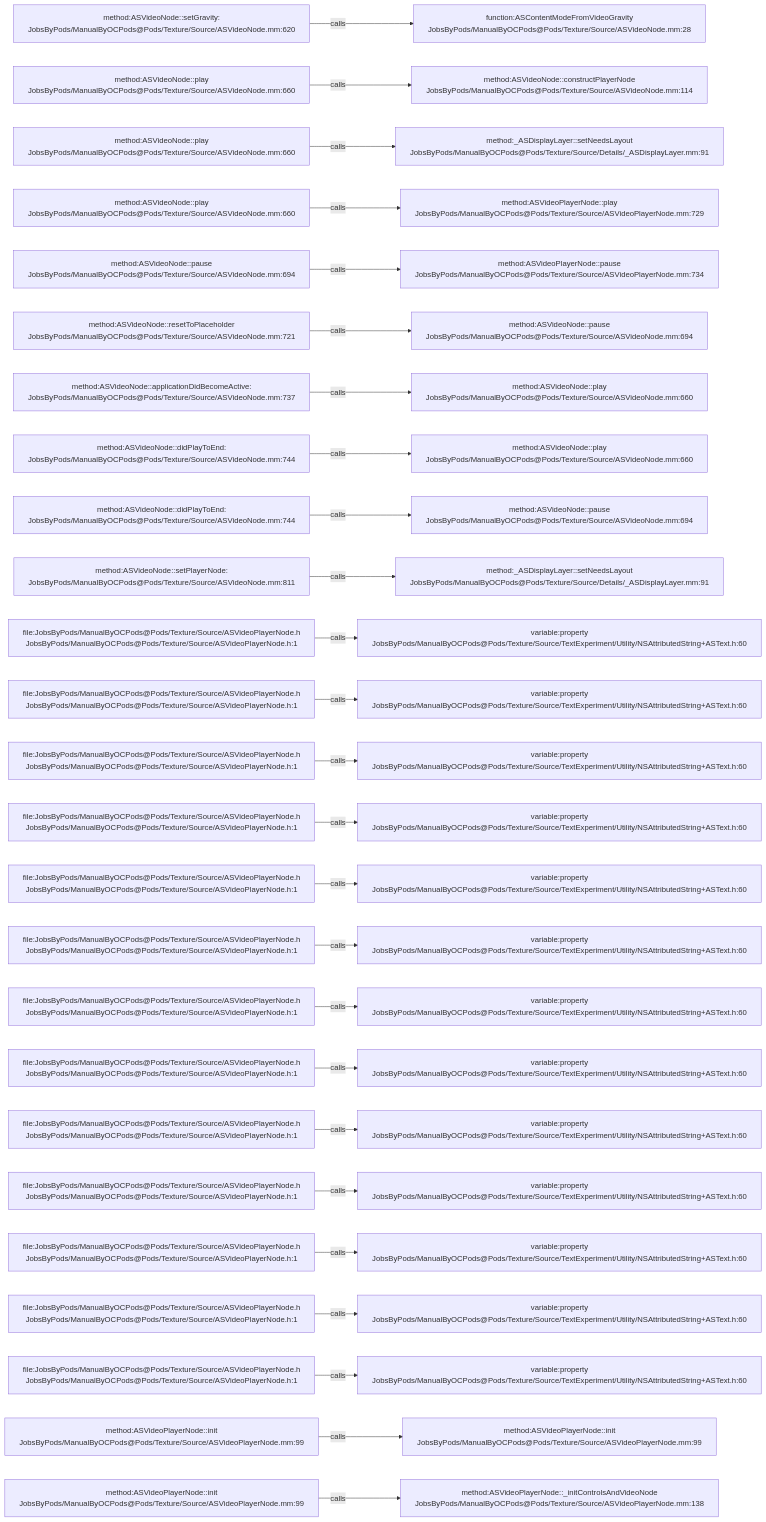
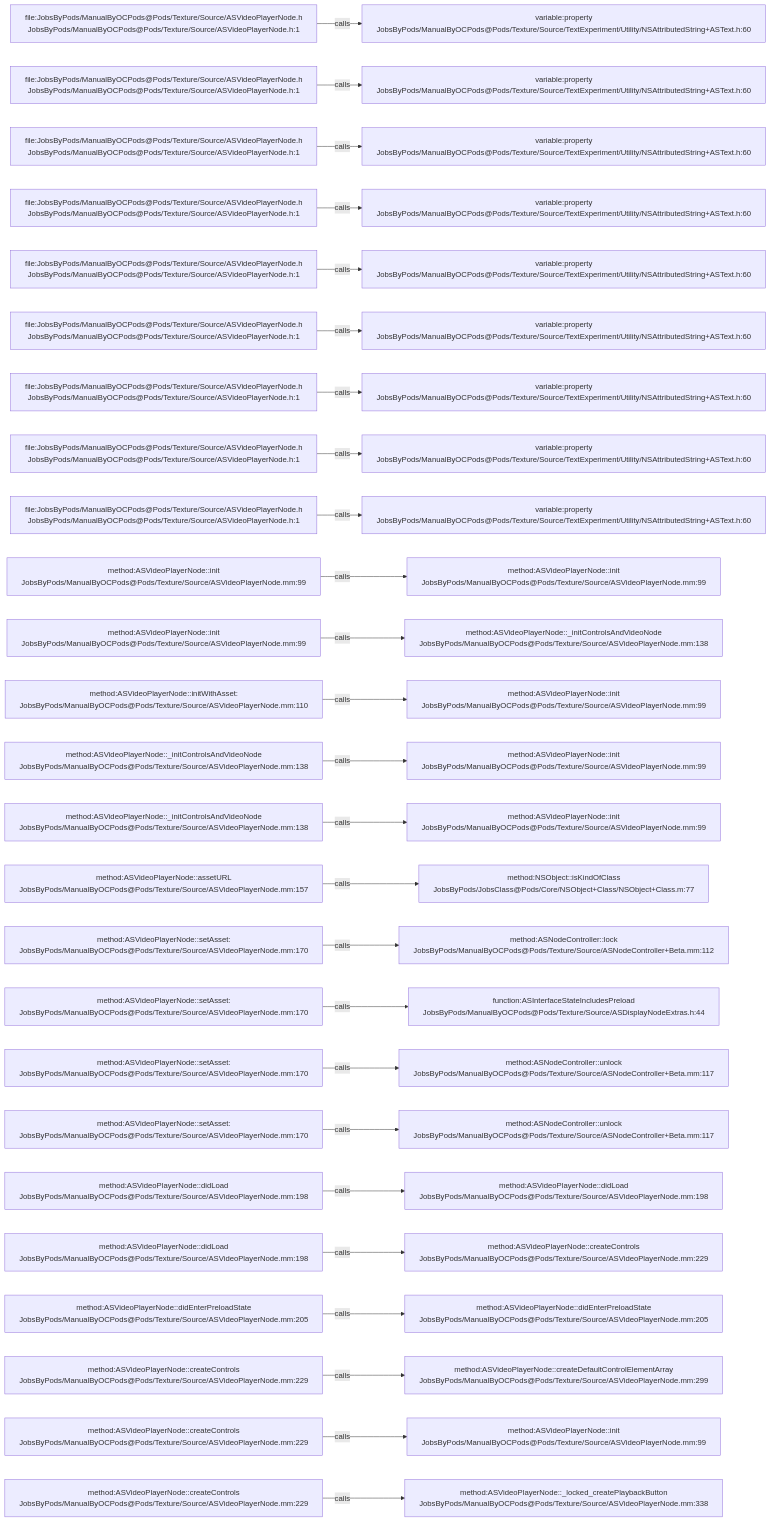
Before and after one commit to JobsKits/JobsOCBaseConfigDemo: the diagram in .codegraph/codegraph.md/graphs/calls-146.md, drawn with Mermaid. The commit also changed 296 other files, not shown here.

````diff
--- a/.codegraph/codegraph.md/graphs/calls-146.md
+++ b/.codegraph/codegraph.md/graphs/calls-146.md
@@ -13,78 +13,78 @@
 ```mermaid
 flowchart LR
-  S1["method:ASVideoNode::setGravity:<br/>JobsByPods/ManualByOCPods@Pods/Texture/Source/ASVideoNode.mm:620"]
-  T1["function:ASContentModeFromVideoGravity<br/>JobsByPods/ManualByOCPods@Pods/Texture/Source/ASVideoNode.mm:28"]
+  S1["file:JobsByPods/ManualByOCPods@Pods/Texture/Source/ASVideoPlayerNode.h<br/>JobsByPods/ManualByOCPods@Pods/Texture/Source/ASVideoPlayerNode.h:1"]
+  T1["variable:property<br/>JobsByPods/ManualByOCPods@Pods/Texture/Source/TextExperiment/Utility/NSAttributedString+ASText.h:60"]
   S1 -->|calls| T1
-  S2["method:ASVideoNode::play<br/>JobsByPods/ManualByOCPods@Pods/Texture/Source/ASVideoNode.mm:660"]
-  T2["method:ASVideoNode::constructPlayerNode<br/>JobsByPods/ManualByOCPods@Pods/Texture/Source/ASVideoNode.mm:114"]
+  S2["file:JobsByPods/ManualByOCPods@Pods/Texture/Source/ASVideoPlayerNode.h<br/>JobsByPods/ManualByOCPods@Pods/Texture/Source/ASVideoPlayerNode.h:1"]
+  T2["variable:property<br/>JobsByPods/ManualByOCPods@Pods/Texture/Source/TextExperiment/Utility/NSAttributedString+ASText.h:60"]
   S2 -->|calls| T2
-  S3["method:ASVideoNode::play<br/>JobsByPods/ManualByOCPods@Pods/Texture/Source/ASVideoNode.mm:660"]
-  T3["method:_ASDisplayLayer::setNeedsLayout<br/>JobsByPods/ManualByOCPods@Pods/Texture/Source/Details/_ASDisplayLayer.mm:91"]
+  S3["file:JobsByPods/ManualByOCPods@Pods/Texture/Source/ASVideoPlayerNode.h<br/>JobsByPods/ManualByOCPods@Pods/Texture/Source/ASVideoPlayerNode.h:1"]
+  T3["variable:property<br/>JobsByPods/ManualByOCPods@Pods/Texture/Source/TextExperiment/Utility/NSAttributedString+ASText.h:60"]
   S3 -->|calls| T3
-  S4["method:ASVideoNode::play<br/>JobsByPods/ManualByOCPods@Pods/Texture/Source/ASVideoNode.mm:660"]
-  T4["method:ASVideoPlayerNode::play<br/>JobsByPods/ManualByOCPods@Pods/Texture/Source/ASVideoPlayerNode.mm:729"]
+  S4["file:JobsByPods/ManualByOCPods@Pods/Texture/Source/ASVideoPlayerNode.h<br/>JobsByPods/ManualByOCPods@Pods/Texture/Source/ASVideoPlayerNode.h:1"]
+  T4["variable:property<br/>JobsByPods/ManualByOCPods@Pods/Texture/Source/TextExperiment/Utility/NSAttributedString+ASText.h:60"]
   S4 -->|calls| T4
-  S5["method:ASVideoNode::pause<br/>JobsByPods/ManualByOCPods@Pods/Texture/Source/ASVideoNode.mm:694"]
-  T5["method:ASVideoPlayerNode::pause<br/>JobsByPods/ManualByOCPods@Pods/Texture/Source/ASVideoPlayerNode.mm:734"]
+  S5["file:JobsByPods/ManualByOCPods@Pods/Texture/Source/ASVideoPlayerNode.h<br/>JobsByPods/ManualByOCPods@Pods/Texture/Source/ASVideoPlayerNode.h:1"]
+  T5["variable:property<br/>JobsByPods/ManualByOCPods@Pods/Texture/Source/TextExperiment/Utility/NSAttributedString+ASText.h:60"]
   S5 -->|calls| T5
-  S6["method:ASVideoNode::resetToPlaceholder<br/>JobsByPods/ManualByOCPods@Pods/Texture/Source/ASVideoNode.mm:721"]
-  T6["method:ASVideoNode::pause<br/>JobsByPods/ManualByOCPods@Pods/Texture/Source/ASVideoNode.mm:694"]
+  S6["file:JobsByPods/ManualByOCPods@Pods/Texture/Source/ASVideoPlayerNode.h<br/>JobsByPods/ManualByOCPods@Pods/Texture/Source/ASVideoPlayerNode.h:1"]
+  T6["variable:property<br/>JobsByPods/ManualByOCPods@Pods/Texture/Source/TextExperiment/Utility/NSAttributedString+ASText.h:60"]
   S6 -->|calls| T6
-  S7["method:ASVideoNode::applicationDidBecomeActive:<br/>JobsByPods/ManualByOCPods@Pods/Texture/Source/ASVideoNode.mm:737"]
-  T7["method:ASVideoNode::play<br/>JobsByPods/ManualByOCPods@Pods/Texture/Source/ASVideoNode.mm:660"]
+  S7["file:JobsByPods/ManualByOCPods@Pods/Texture/Source/ASVideoPlayerNode.h<br/>JobsByPods/ManualByOCPods@Pods/Texture/Source/ASVideoPlayerNode.h:1"]
+  T7["variable:property<br/>JobsByPods/ManualByOCPods@Pods/Texture/Source/TextExperiment/Utility/NSAttributedString+ASText.h:60"]
   S7 -->|calls| T7
-  S8["method:ASVideoNode::didPlayToEnd:<br/>JobsByPods/ManualByOCPods@Pods/Texture/Source/ASVideoNode.mm:744"]
-  T8["method:ASVideoNode::play<br/>JobsByPods/ManualByOCPods@Pods/Texture/Source/ASVideoNode.mm:660"]
+  S8["file:JobsByPods/ManualByOCPods@Pods/Texture/Source/ASVideoPlayerNode.h<br/>JobsByPods/ManualByOCPods@Pods/Texture/Source/ASVideoPlayerNode.h:1"]
+  T8["variable:property<br/>JobsByPods/ManualByOCPods@Pods/Texture/Source/TextExperiment/Utility/NSAttributedString+ASText.h:60"]
   S8 -->|calls| T8
-  S9["method:ASVideoNode::didPlayToEnd:<br/>JobsByPods/ManualByOCPods@Pods/Texture/Source/ASVideoNode.mm:744"]
-  T9["method:ASVideoNode::pause<br/>JobsByPods/ManualByOCPods@Pods/Texture/Source/ASVideoNode.mm:694"]
+  S9["file:JobsByPods/ManualByOCPods@Pods/Texture/Source/ASVideoPlayerNode.h<br/>JobsByPods/ManualByOCPods@Pods/Texture/Source/ASVideoPlayerNode.h:1"]
+  T9["variable:property<br/>JobsByPods/ManualByOCPods@Pods/Texture/Source/TextExperiment/Utility/NSAttributedString+ASText.h:60"]
   S9 -->|calls| T9
-  S10["method:ASVideoNode::setPlayerNode:<br/>JobsByPods/ManualByOCPods@Pods/Texture/Source/ASVideoNode.mm:811"]
-  T10["method:_ASDisplayLayer::setNeedsLayout<br/>JobsByPods/ManualByOCPods@Pods/Texture/Source/Details/_ASDisplayLayer.mm:91"]
+  S10["method:ASVideoPlayerNode::init<br/>JobsByPods/ManualByOCPods@Pods/Texture/Source/ASVideoPlayerNode.mm:99"]
+  T10["method:ASVideoPlayerNode::init<br/>JobsByPods/ManualByOCPods@Pods/Texture/Source/ASVideoPlayerNode.mm:99"]
   S10 -->|calls| T10
-  S11["file:JobsByPods/ManualByOCPods@Pods/Texture/Source/ASVideoPlayerNode.h<br/>JobsByPods/ManualByOCPods@Pods/Texture/Source/ASVideoPlayerNode.h:1"]
-  T11["variable:property<br/>JobsByPods/ManualByOCPods@Pods/Texture/Source/TextExperiment/Utility/NSAttributedString+ASText.h:60"]
+  S11["method:ASVideoPlayerNode::init<br/>JobsByPods/ManualByOCPods@Pods/Texture/Source/ASVideoPlayerNode.mm:99"]
+  T11["method:ASVideoPlayerNode::_initControlsAndVideoNode<br/>JobsByPods/ManualByOCPods@Pods/Texture/Source/ASVideoPlayerNode.mm:138"]
   S11 -->|calls| T11
-  S12["file:JobsByPods/ManualByOCPods@Pods/Texture/Source/ASVideoPlayerNode.h<br/>JobsByPods/ManualByOCPods@Pods/Texture/Source/ASVideoPlayerNode.h:1"]
-  T12["variable:property<br/>JobsByPods/ManualByOCPods@Pods/Texture/Source/TextExperiment/Utility/NSAttributedString+ASText.h:60"]
+  S12["method:ASVideoPlayerNode::initWithAsset:<br/>JobsByPods/ManualByOCPods@Pods/Texture/Source/ASVideoPlayerNode.mm:110"]
+  T12["method:ASVideoPlayerNode::init<br/>JobsByPods/ManualByOCPods@Pods/Texture/Source/ASVideoPlayerNode.mm:99"]
   S12 -->|calls| T12
-  S13["file:JobsByPods/ManualByOCPods@Pods/Texture/Source/ASVideoPlayerNode.h<br/>JobsByPods/ManualByOCPods@Pods/Texture/Source/ASVideoPlayerNode.h:1"]
-  T13["variable:property<br/>JobsByPods/ManualByOCPods@Pods/Texture/Source/TextExperiment/Utility/NSAttributedString+ASText.h:60"]
+  S13["method:ASVideoPlayerNode::_initControlsAndVideoNode<br/>JobsByPods/ManualByOCPods@Pods/Texture/Source/ASVideoPlayerNode.mm:138"]
+  T13["method:ASVideoPlayerNode::init<br/>JobsByPods/ManualByOCPods@Pods/Texture/Source/ASVideoPlayerNode.mm:99"]
   S13 -->|calls| T13
-  S14["file:JobsByPods/ManualByOCPods@Pods/Texture/Source/ASVideoPlayerNode.h<br/>JobsByPods/ManualByOCPods@Pods/Texture/Source/ASVideoPlayerNode.h:1"]
-  T14["variable:property<br/>JobsByPods/ManualByOCPods@Pods/Texture/Source/TextExperiment/Utility/NSAttributedString+ASText.h:60"]
+  S14["method:ASVideoPlayerNode::_initControlsAndVideoNode<br/>JobsByPods/ManualByOCPods@Pods/Texture/Source/ASVideoPlayerNode.mm:138"]
+  T14["method:ASVideoPlayerNode::init<br/>JobsByPods/ManualByOCPods@Pods/Texture/Source/ASVideoPlayerNode.mm:99"]
   S14 -->|calls| T14
-  S15["file:JobsByPods/ManualByOCPods@Pods/Texture/Source/ASVideoPlayerNode.h<br/>JobsByPods/ManualByOCPods@Pods/Texture/Source/ASVideoPlayerNode.h:1"]
-  T15["variable:property<br/>JobsByPods/ManualByOCPods@Pods/Texture/Source/TextExperiment/Utility/NSAttributedString+ASText.h:60"]
+  S15["method:ASVideoPlayerNode::assetURL<br/>JobsByPods/ManualByOCPods@Pods/Texture/Source/ASVideoPlayerNode.mm:157"]
+  T15["method:NSObject::isKindOfClass<br/>JobsByPods/JobsClass@Pods/Core/NSObject+Class/NSObject+Class.m:77"]
   S15 -->|calls| T15
-  S16["file:JobsByPods/ManualByOCPods@Pods/Texture/Source/ASVideoPlayerNode.h<br/>JobsByPods/ManualByOCPods@Pods/Texture/Source/ASVideoPlayerNode.h:1"]
-  T16["variable:property<br/>JobsByPods/ManualByOCPods@Pods/Texture/Source/TextExperiment/Utility/NSAttributedString+ASText.h:60"]
+  S16["method:ASVideoPlayerNode::setAsset:<br/>JobsByPods/ManualByOCPods@Pods/Texture/Source/ASVideoPlayerNode.mm:170"]
+  T16["method:ASNodeController::lock<br/>JobsByPods/ManualByOCPods@Pods/Texture/Source/ASNodeController+Beta.mm:112"]
   S16 -->|calls| T16
-  S17["file:JobsByPods/ManualByOCPods@Pods/Texture/Source/ASVideoPlayerNode.h<br/>JobsByPods/ManualByOCPods@Pods/Texture/Source/ASVideoPlayerNode.h:1"]
-  T17["variable:property<br/>JobsByPods/ManualByOCPods@Pods/Texture/Source/TextExperiment/Utility/NSAttributedString+ASText.h:60"]
+  S17["method:ASVideoPlayerNode::setAsset:<br/>JobsByPods/ManualByOCPods@Pods/Texture/Source/ASVideoPlayerNode.mm:170"]
+  T17["function:ASInterfaceStateIncludesPreload<br/>JobsByPods/ManualByOCPods@Pods/Texture/Source/ASDisplayNodeExtras.h:44"]
   S17 -->|calls| T17
-  S18["file:JobsByPods/ManualByOCPods@Pods/Texture/Source/ASVideoPlayerNode.h<br/>JobsByPods/ManualByOCPods@Pods/Texture/Source/ASVideoPlayerNode.h:1"]
-  T18["variable:property<br/>JobsByPods/ManualByOCPods@Pods/Texture/Source/TextExperiment/Utility/NSAttributedString+ASText.h:60"]
+  S18["method:ASVideoPlayerNode::setAsset:<br/>JobsByPods/ManualByOCPods@Pods/Texture/Source/ASVideoPlayerNode.mm:170"]
+  T18["method:ASNodeController::unlock<br/>JobsByPods/ManualByOCPods@Pods/Texture/Source/ASNodeController+Beta.mm:117"]
   S18 -->|calls| T18
-  S19["file:JobsByPods/ManualByOCPods@Pods/Texture/Source/ASVideoPlayerNode.h<br/>JobsByPods/ManualByOCPods@Pods/Texture/Source/ASVideoPlayerNode.h:1"]
-  T19["variable:property<br/>JobsByPods/ManualByOCPods@Pods/Texture/Source/TextExperiment/Utility/NSAttributedString+ASText.h:60"]
+  S19["method:ASVideoPlayerNode::setAsset:<br/>JobsByPods/ManualByOCPods@Pods/Texture/Source/ASVideoPlayerNode.mm:170"]
+  T19["method:ASNodeController::unlock<br/>JobsByPods/ManualByOCPods@Pods/Texture/Source/ASNodeController+Beta.mm:117"]
   S19 -->|calls| T19
-  S20["file:JobsByPods/ManualByOCPods@Pods/Texture/Source/ASVideoPlayerNode.h<br/>JobsByPods/ManualByOCPods@Pods/Texture/Source/ASVideoPlayerNode.h:1"]
-  T20["variable:property<br/>JobsByPods/ManualByOCPods@Pods/Texture/Source/TextExperiment/Utility/NSAttributedString+ASText.h:60"]
+  S20["method:ASVideoPlayerNode::didLoad<br/>JobsByPods/ManualByOCPods@Pods/Texture/Source/ASVideoPlayerNode.mm:198"]
+  T20["method:ASVideoPlayerNode::didLoad<br/>JobsByPods/ManualByOCPods@Pods/Texture/Source/ASVideoPlayerNode.mm:198"]
   S20 -->|calls| T20
-  S21["file:JobsByPods/ManualByOCPods@Pods/Texture/Source/ASVideoPlayerNode.h<br/>JobsByPods/ManualByOCPods@Pods/Texture/Source/ASVideoPlayerNode.h:1"]
-  T21["variable:property<br/>JobsByPods/ManualByOCPods@Pods/Texture/Source/TextExperiment/Utility/NSAttributedString+ASText.h:60"]
+  S21["method:ASVideoPlayerNode::didLoad<br/>JobsByPods/ManualByOCPods@Pods/Texture/Source/ASVideoPlayerNode.mm:198"]
+  T21["method:ASVideoPlayerNode::createControls<br/>JobsByPods/ManualByOCPods@Pods/Texture/Source/ASVideoPlayerNode.mm:229"]
   S21 -->|calls| T21
-  S22["file:JobsByPods/ManualByOCPods@Pods/Texture/Source/ASVideoPlayerNode.h<br/>JobsByPods/ManualByOCPods@Pods/Texture/Source/ASVideoPlayerNode.h:1"]
-  T22["variable:property<br/>JobsByPods/ManualByOCPods@Pods/Texture/Source/TextExperiment/Utility/NSAttributedString+ASText.h:60"]
+  S22["method:ASVideoPlayerNode::didEnterPreloadState<br/>JobsByPods/ManualByOCPods@Pods/Texture/Source/ASVideoPlayerNode.mm:205"]
+  T22["method:ASVideoPlayerNode::didEnterPreloadState<br/>JobsByPods/ManualByOCPods@Pods/Texture/Source/ASVideoPlayerNode.mm:205"]
   S22 -->|calls| T22
-  S23["file:JobsByPods/ManualByOCPods@Pods/Texture/Source/ASVideoPlayerNode.h<br/>JobsByPods/ManualByOCPods@Pods/Texture/Source/ASVideoPlayerNode.h:1"]
-  T23["variable:property<br/>JobsByPods/ManualByOCPods@Pods/Texture/Source/TextExperiment/Utility/NSAttributedString+ASText.h:60"]
+  S23["method:ASVideoPlayerNode::createControls<br/>JobsByPods/ManualByOCPods@Pods/Texture/Source/ASVideoPlayerNode.mm:229"]
+  T23["method:ASVideoPlayerNode::createDefaultControlElementArray<br/>JobsByPods/ManualByOCPods@Pods/Texture/Source/ASVideoPlayerNode.mm:299"]
   S23 -->|calls| T23
-  S24["method:ASVideoPlayerNode::init<br/>JobsByPods/ManualByOCPods@Pods/Texture/Source/ASVideoPlayerNode.mm:99"]
+  S24["method:ASVideoPlayerNode::createControls<br/>JobsByPods/ManualByOCPods@Pods/Texture/Source/ASVideoPlayerNode.mm:229"]
   T24["method:ASVideoPlayerNode::init<br/>JobsByPods/ManualByOCPods@Pods/Texture/Source/ASVideoPlayerNode.mm:99"]
   S24 -->|calls| T24
-  S25["method:ASVideoPlayerNode::init<br/>JobsByPods/ManualByOCPods@Pods/Texture/Source/ASVideoPlayerNode.mm:99"]
-  T25["method:ASVideoPlayerNode::_initControlsAndVideoNode<br/>JobsByPods/ManualByOCPods@Pods/Texture/Source/ASVideoPlayerNode.mm:138"]
+  S25["method:ASVideoPlayerNode::createControls<br/>JobsByPods/ManualByOCPods@Pods/Texture/Source/ASVideoPlayerNode.mm:229"]
+  T25["method:ASVideoPlayerNode::_locked_createPlaybackButton<br/>JobsByPods/ManualByOCPods@Pods/Texture/Source/ASVideoPlayerNode.mm:338"]
   S25 -->|calls| T25
 ```
````
